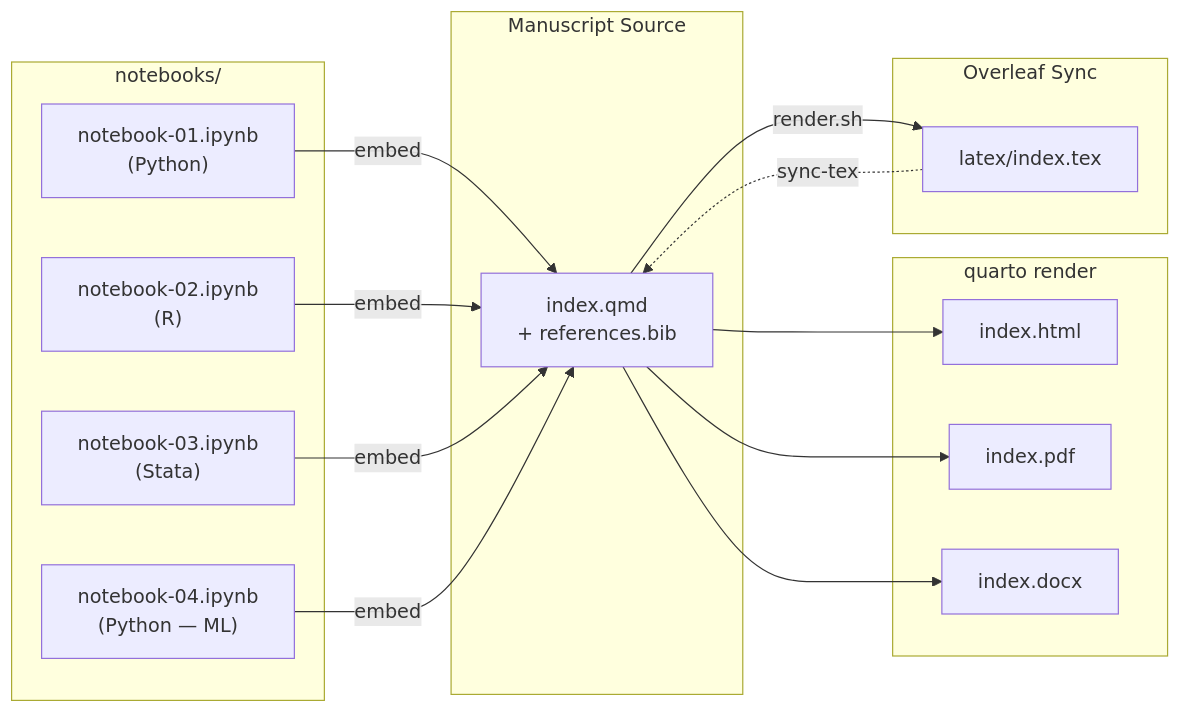
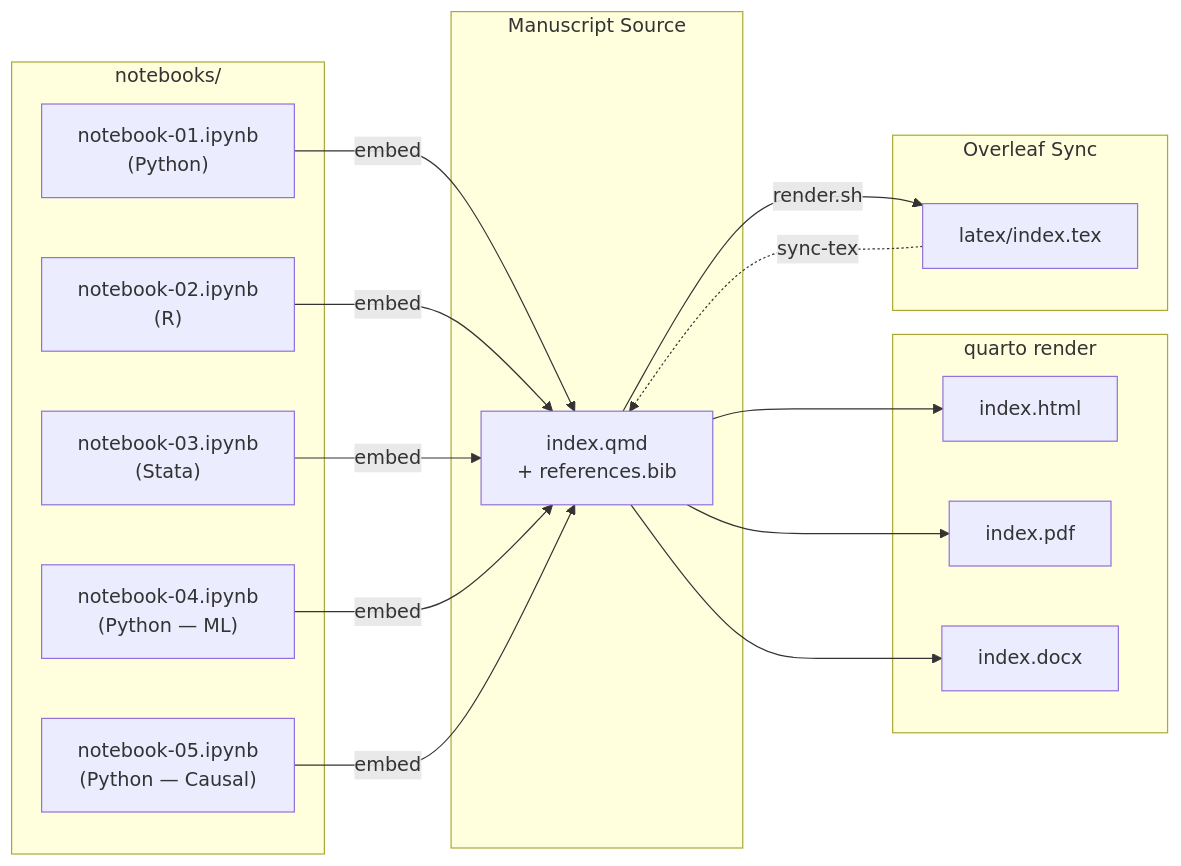
Before and after one commit to cmg777/claude4data: the first of 2 diagrams in README.md, drawn with Mermaid. The commit also changed other lines of this file and 1 other file, not shown here.

````diff
--- a/README.md
+++ b/README.md
@@ -39,33 +40,35 @@
 ```mermaid
 flowchart LR
     subgraph Notebooks ["notebooks/"]
         NB1["notebook-01.ipynb<br/>(Python)"]
         NB2["notebook-02.ipynb<br/>(R)"]
         NB3["notebook-03.ipynb<br/>(Stata)"]
         NB4["notebook-04.ipynb<br/>(Python — ML)"]
+        NB5["notebook-05.ipynb<br/>(Python — Causal)"]
     end
 
     subgraph Manuscript ["Manuscript Source"]
         QMD["index.qmd<br/>+ references.bib"]
     end
 
     subgraph Render ["quarto render"]
         HTML["index.html"]
         PDF["index.pdf"]
         DOCX["index.docx"]
     end
 
     subgraph Overleaf ["Overleaf Sync"]
         TEX["latex/index.tex"]
     end
 
     NB1 -- embed --> QMD
     NB2 -- embed --> QMD
     NB3 -- embed --> QMD
     NB4 -- embed --> QMD
+    NB5 -- embed --> QMD
     QMD --> HTML
     QMD --> PDF
     QMD --> DOCX
     QMD -- render.sh --> TEX
     TEX -. sync-tex .-> QMD
 ```
````
